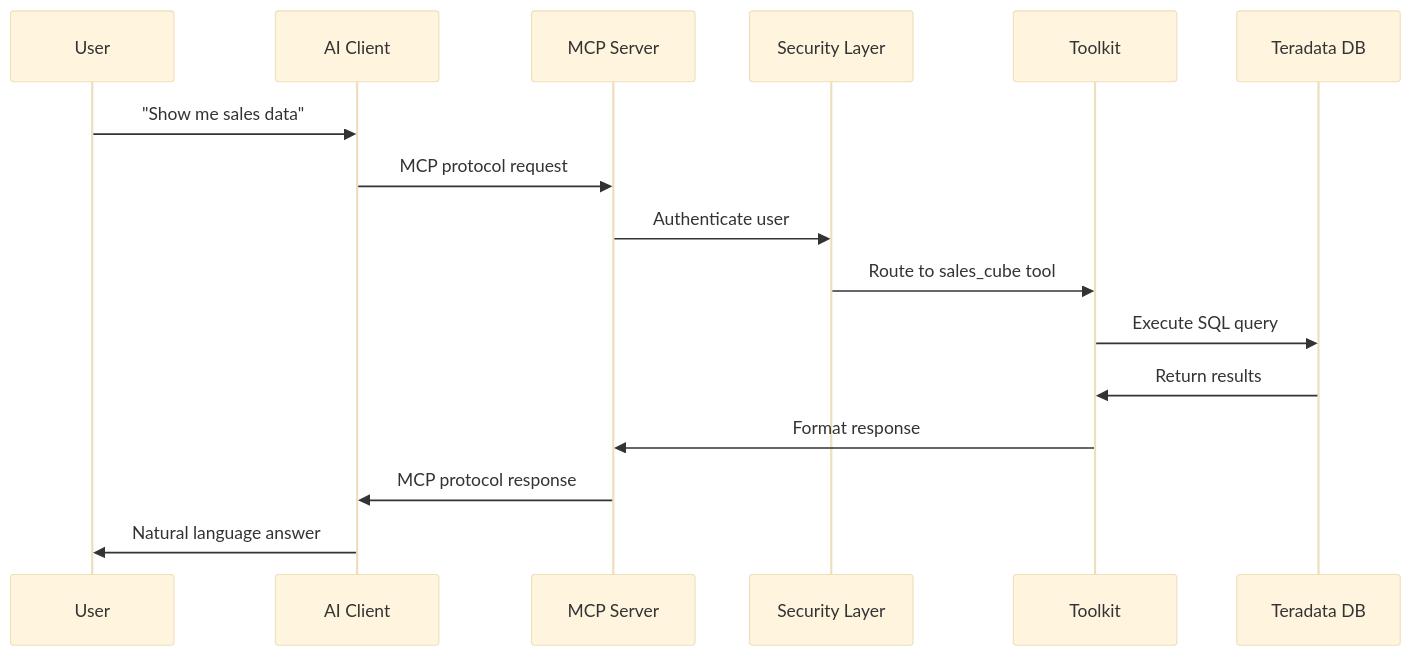
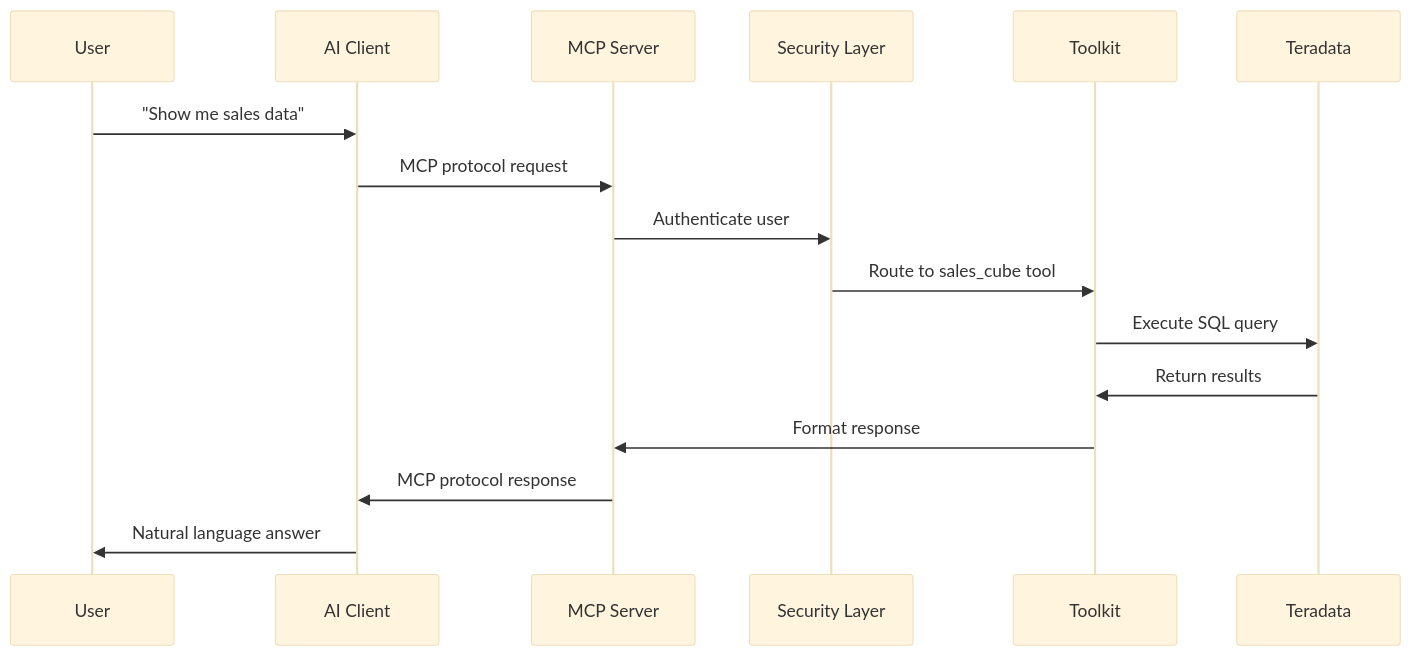
Before and after one commit to Teradata/teradata-mcp-server: the first of 5 diagrams in docs/server_guide/ARCHITECTURE.md, drawn with Mermaid (base theme). The commit also changed other lines of this file and 1 other file, not shown here.

Commit message:
updated architecture diagrams and merged main

````diff
--- a/docs/server_guide/ARCHITECTURE.md
+++ b/docs/server_guide/ARCHITECTURE.md
@@ -55,12 +55,12 @@
 ```mermaid
 sequenceDiagram
     User->>AI Client: "Show me sales data"
     AI Client->>MCP Server: MCP protocol request
     MCP Server->>Security Layer: Authenticate user
     Security Layer->>Toolkit: Route to sales_cube tool
-    Toolkit->>Teradata DB: Execute SQL query
-    Teradata DB->>Toolkit: Return results
+    Toolkit->>Teradata: Execute SQL query
+    Teradata->>Toolkit: Return results
     Toolkit->>MCP Server: Format response
     MCP Server->>AI Client: MCP protocol response  
     AI Client->>User: Natural language answer
 ```
````
